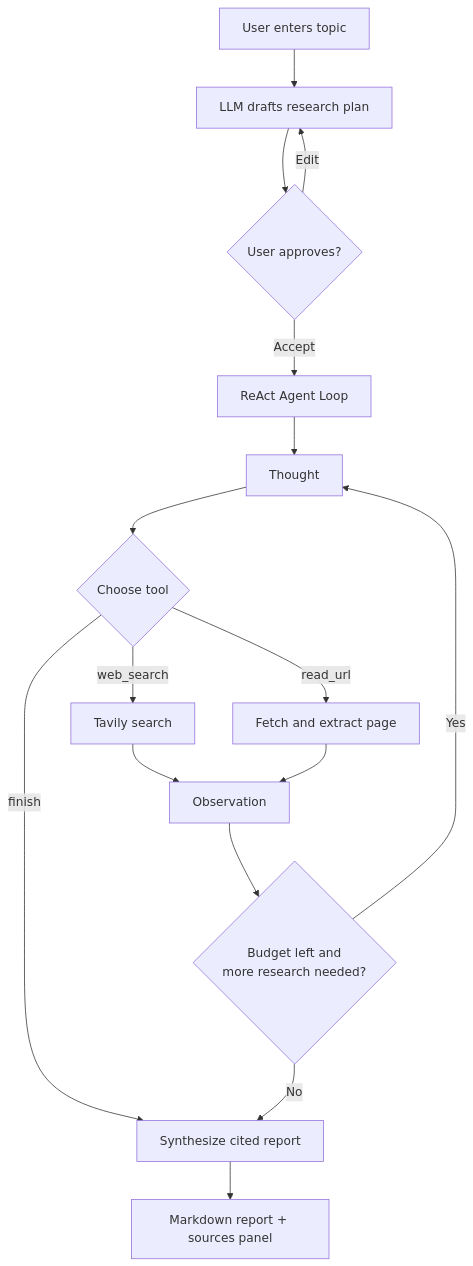
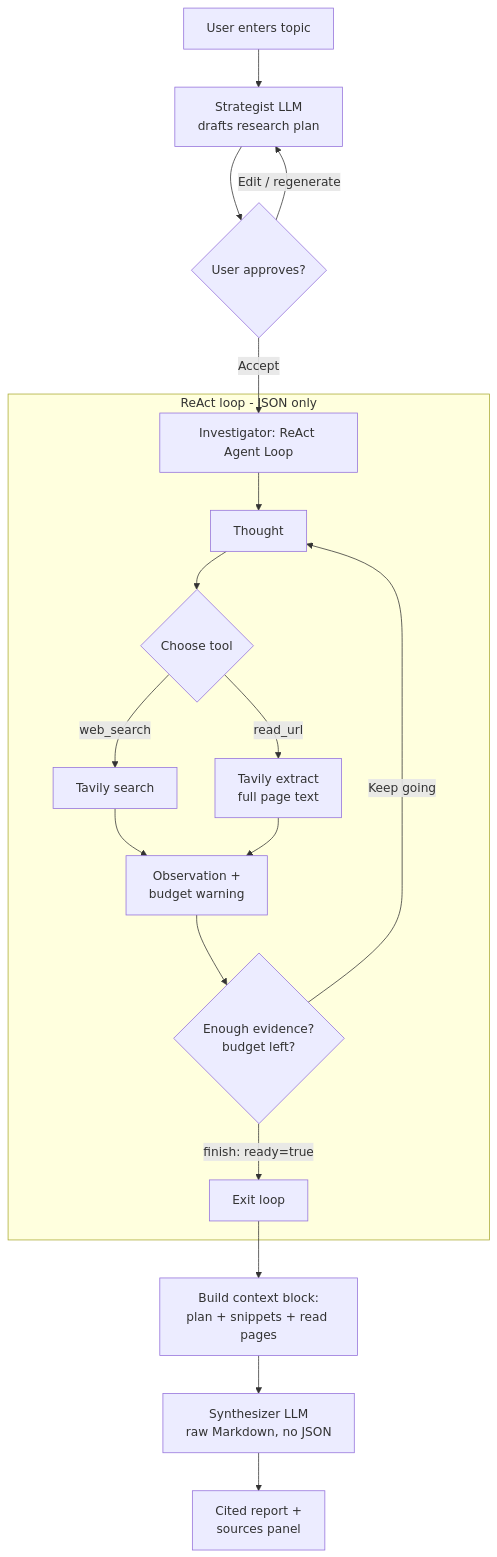
Before and after one commit to jayrosen-design/deep-researcher-agent: the diagram in README.md, drawn with Mermaid. The commit also changed other lines of this file, not shown here.

````diff
--- a/README.md
+++ b/README.md
@@ -29,18 +44,23 @@
 ```mermaid
 flowchart TD
-    A[User enters topic] --> B[LLM drafts research plan]
+    A[User enters topic] --> B[Strategist LLM<br/>drafts research plan]
     B --> C{User approves?}
-    C -->|Edit| B
-    C -->|Accept| D[ReAct Agent Loop]
-    D --> E[Thought]
-    E --> F{Choose tool}
-    F -->|web_search| G[Tavily search]
-    F -->|read_url| H[Fetch and extract page]
-    F -->|finish| I[Synthesize cited report]
-    G --> J[Observation]
-    H --> J
-    J --> K{Budget left and<br/>more research needed?}
-    K -->|Yes| E
-    K -->|No| I
-    I --> L[Markdown report + sources panel]
+    C -->|Edit / regenerate| B
+    C -->|Accept| D[Investigator: ReAct Agent Loop]
+
+    subgraph Loop [ReAct loop - JSON only]
+      D --> E[Thought]
+      E --> F{Choose tool}
+      F -->|web_search| G[Tavily search]
+      F -->|read_url| H[Tavily extract<br/>full page text]
+      G --> J[Observation +<br/>budget warning]
+      H --> J
+      J --> K{Enough evidence?<br/>budget left?}
+      K -->|Keep going| E
+      K -->|finish: ready=true| M[Exit loop]
+    end
+
+    M --> N[Build context block:<br/>plan + snippets + read pages]
+    N --> O[Synthesizer LLM<br/>raw Markdown, no JSON]
+    O --> P[Cited report +<br/>sources panel]
 ```
````
